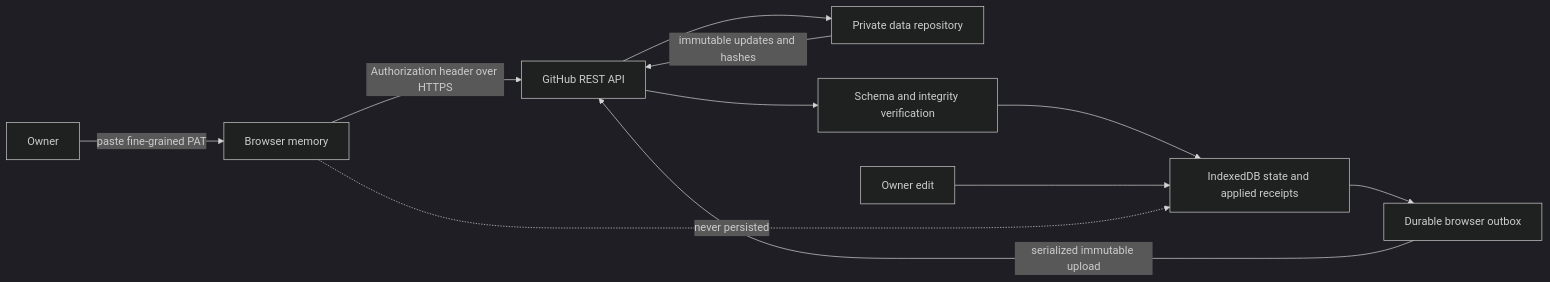
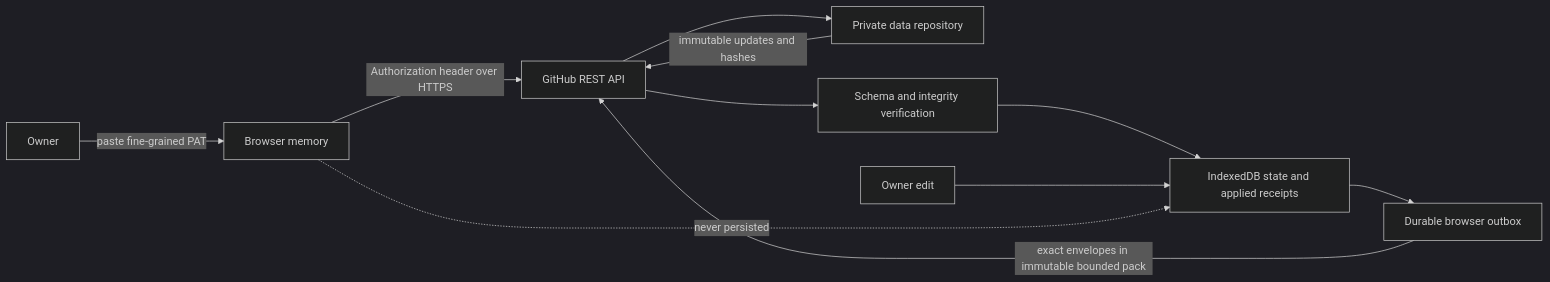
One commit to ResearchPocket/researchpocket.github.io changed the second of 4 diagrams in docs/v2/THREAT_MODEL.md. Above: the diagram before and after it, drawn with Mermaid (dark theme). The commit also changed other lines of this file and 23 other files, not shown here.

````diff
--- a/docs/v2/THREAT_MODEL.md
+++ b/docs/v2/THREAT_MODEL.md
@@ -205,13 +205,13 @@
 ```mermaid
 flowchart LR
     O[Owner] -->|paste fine-grained PAT| M[Browser memory]
     M -->|Authorization header over HTTPS| A[GitHub REST API]
     A --> D[Private data repository]
     D -->|immutable updates and hashes| A
     A --> V[Schema and integrity verification]
     V --> I[IndexedDB state and applied receipts]
     E[Owner edit] --> I
     I --> Q[Durable browser outbox]
-    Q -->|serialized immutable upload| A
+    Q -->|exact envelopes in immutable bounded pack| A
     M -. never persisted .-> I
 ```
````
